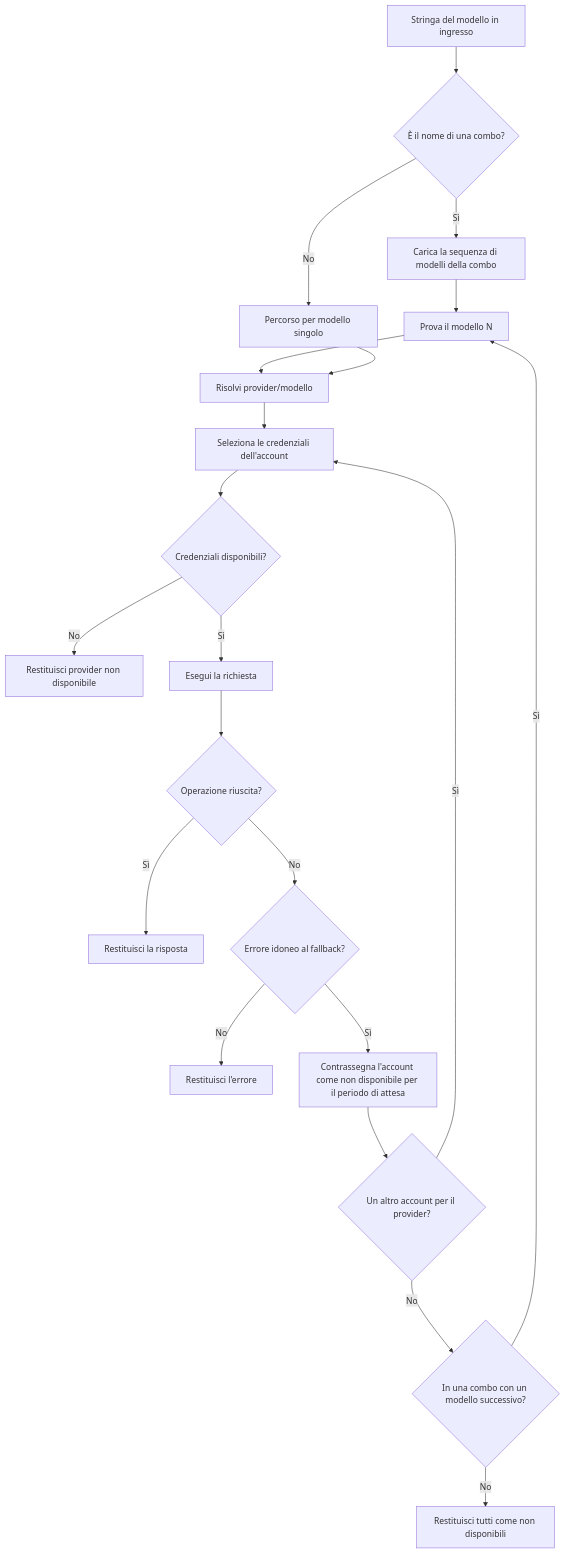
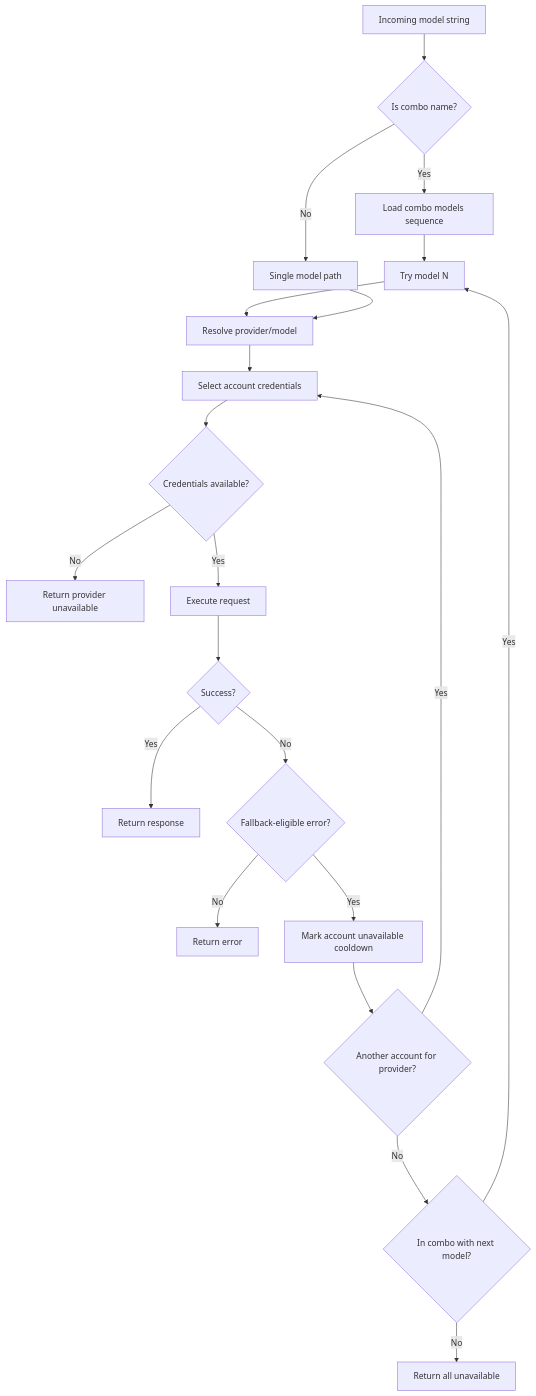
The third of 7 diagrams in docs/i18n/it/docs/architecture/ARCHITECTURE.md (niyatna/NiyatnaRoute), drawn with Mermaid before and after one commit. The commit also changed other lines of this file and 2447 other files, not shown here.

````diff
--- a/docs/i18n/it/docs/architecture/ARCHITECTURE.md
+++ b/docs/i18n/it/docs/architecture/ARCHITECTURE.md
@@ -605,27 +377,27 @@
 ```mermaid
 flowchart TD
-    A[Stringa del modello in ingresso] --> B{È il nome di una combo?}
-    B -- Sì --> C[Carica la sequenza di modelli della combo]
-    B -- No --> D[Percorso per modello singolo]
+    A[Incoming model string] --> B{Is combo name?}
+    B -- Yes --> C[Load combo models sequence]
+    B -- No --> D[Single model path]
 
-    C --> E[Prova il modello N]
-    E --> F[Risolvi provider/modello]
+    C --> E[Try model N]
+    E --> F[Resolve provider/model]
     D --> F
 
-    F --> G[Seleziona le credenziali dell'account]
-    G --> H{Credenziali disponibili?}
-    H -- No --> I[Restituisci provider non disponibile]
-    H -- Sì --> J[Esegui la richiesta]
+    F --> G[Select account credentials]
+    G --> H{Credentials available?}
+    H -- No --> I[Return provider unavailable]
+    H -- Yes --> J[Execute request]
 
-    J --> K{Operazione riuscita?}
-    K -- Sì --> L[Restituisci la risposta]
-    K -- No --> M{Errore idoneo al fallback?}
+    J --> K{Success?}
+    K -- Yes --> L[Return response]
+    K -- No --> M{Fallback-eligible error?}
 
-    M -- No --> N[Restituisci l'errore]
-    M -- Sì --> O[Contrassegna l'account come non disponibile per il periodo di attesa]
-    O --> P{Un altro account per il provider?}
-    P -- Sì --> G
-    P -- No --> Q{In una combo con un modello successivo?}
-    Q -- Sì --> E
-    Q -- No --> R[Restituisci tutti come non disponibili]
+    M -- No --> N[Return error]
+    M -- Yes --> O[Mark account unavailable cooldown]
+    O --> P{Another account for provider?}
+    P -- Yes --> G
+    P -- No --> Q{In combo with next model?}
+    Q -- Yes --> E
+    Q -- No --> R[Return all unavailable]
 ```
````
